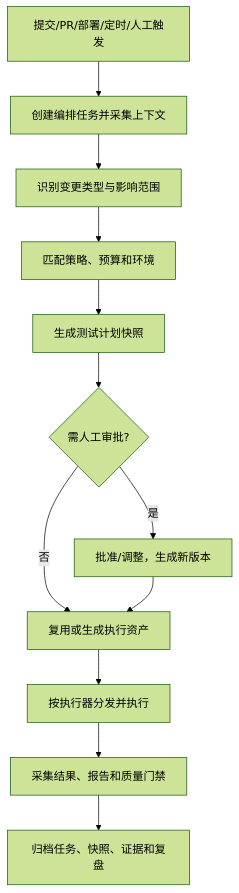
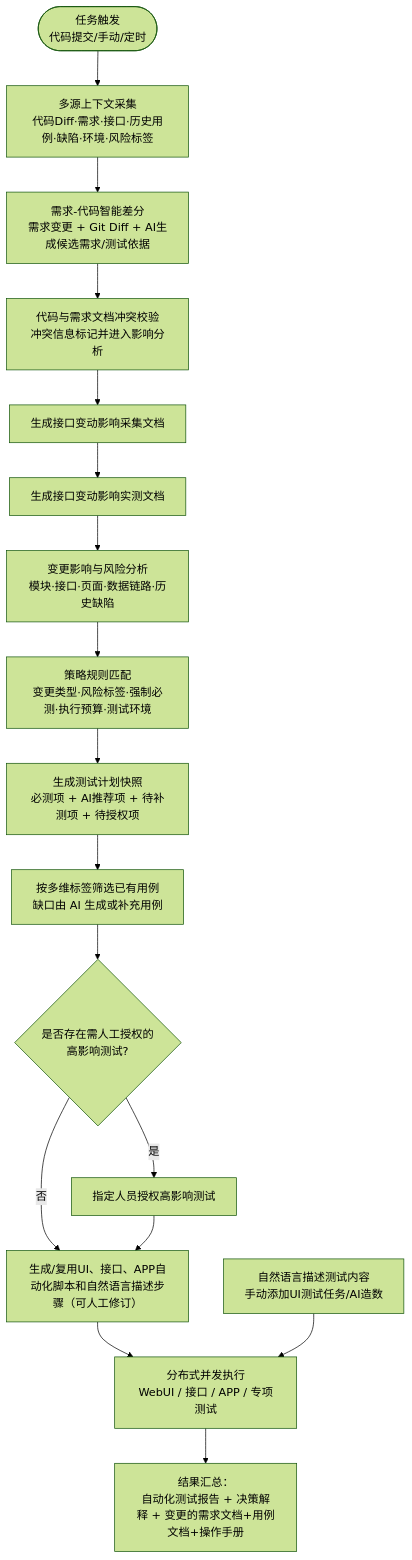
Before and after one commit to xiangsong97/xueran: the fifth of 9 diagrams in AI驱动自动化测试平台自研落地实施方案.md, drawn with Mermaid (forest theme). The commit also changed other lines of this file, not shown here.

````diff
--- a/AI驱动自动化测试平台自研落地实施方案.md
+++ b/AI驱动自动化测试平台自研落地实施方案.md
@@ -649,14 +638,19 @@
 ```mermaid
 flowchart TD
-    A["提交/PR/部署/定时/人工触发"] --> B["创建编排任务并采集上下文"]
-    B --> C["识别变更类型与影响范围"]
-    C --> D["匹配策略、预算和环境"]
-    D --> E["生成测试计划快照"]
-    E --> F{"需人工审批?"}
-    F -- "是" --> G["批准/调整，生成新版本"]
-    F -- "否" --> H["复用或生成执行资产"]
-    G --> H
-    H --> I["按执行器分发并执行"]
-    I --> J["采集结果、报告和质量门禁"]
-    J --> K["归档任务、快照、证据和复盘"]
+    START(["任务触发<br/>代码提交/手动/定时"]) --> CTX["多源上下文采集<br/>代码Diff·需求·接口·历史用例·缺陷·环境·风险标签"]
+    CTX -->  DIFF["需求-代码智能差分<br/>需求变更 + Git Diff + AI生成候选需求/测试依据"]
+    DIFF -->  CONFLICT["代码与需求文档冲突校验<br/>冲突信息标记并进入影响分析"]
+    CONFLICT --> COL["生成接口变动影响采集文档"]
+    COL --> DOC["生成接口变动影响实测文档"]
+    DOC --> IMPACT["变更影响与风险分析<br/>模块·接口·页面·数据链路·历史缺陷"]
+    IMPACT --> RULE["策略规则匹配<br/>变更类型·风险标签·强制必测·执行预算·测试环境"]
+    RULE --> PLAN["生成测试计划快照<br/>必测项 + AI推荐项 + 待补测项 + 待授权项"]
+    PLAN --> CASES["按多维标签筛选已有用例<br/>缺口由 AI 生成或补充用例"]
+    CASES --> GATE{"是否存在需人工授权的<br/>高影响测试?"}
+    GATE -- "否" --> SCRIPT["生成/复用UI、接口、APP自动化脚本和自然语言描述步骤（可人工修订）"]
+    GATE -- "是" --> APPROVE["指定人员授权高影响测试"]
+    APPROVE --> SCRIPT
+    SCRIPT --> EXEC["分布式并发执行<br/>WebUI / 接口 / APP / 专项测试"]
+    COLLECT["自然语言描述测试内容<br/>手动添加UI测试任务/AI造数"] --> EXEC
+    EXEC --> REPORT["结果汇总：<br/>自动化测试报告 + 决策解释 + 变更的需求文档+用例文档+操作手册"]
 ```
````
